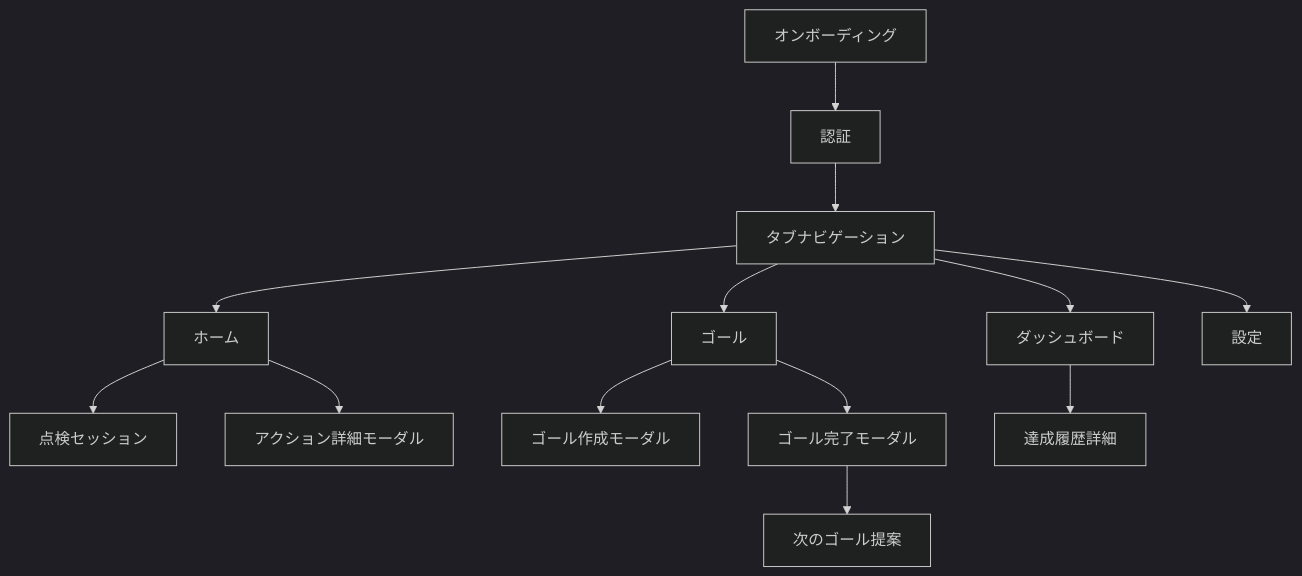
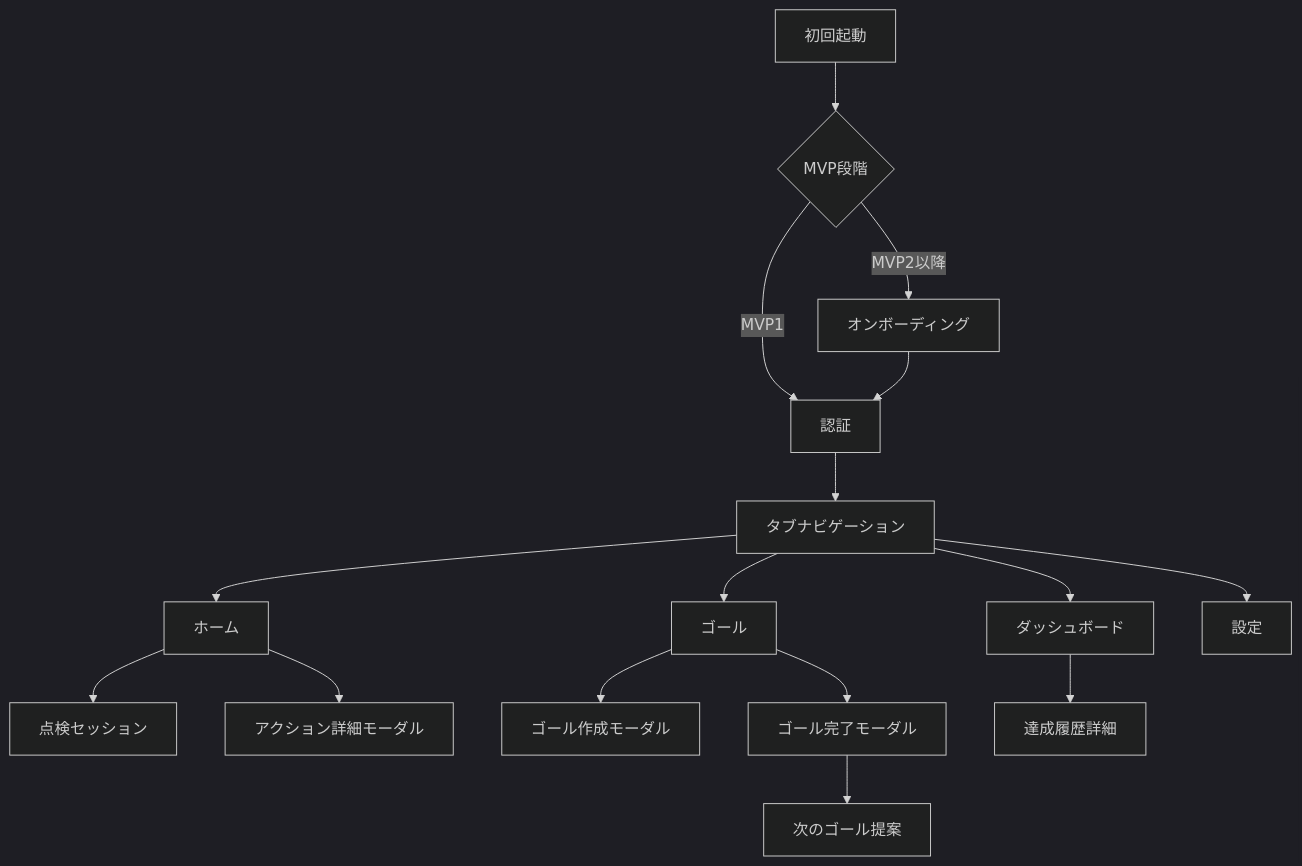
The diagram in docs/product-specific/screen_design.md (engineer-ba-sulto/flow-finder-expo-supabase), drawn with Mermaid (dark theme) before and after one commit. The commit also changed other lines of this file and 7 other files, not shown here.

````diff
--- a/docs/product-specific/screen_design.md
+++ b/docs/product-specific/screen_design.md
@@ -39,15 +39,18 @@
 ```mermaid
 graph TD
-  A[オンボーディング] --> B[認証]
-  B --> C[タブナビゲーション]
-  C --> D[ホーム]
-  C --> E[ゴール]
-  C --> F[ダッシュボード]
-  C --> G[設定]
-  D --> H[点検セッション]
-  E --> I[ゴール作成モーダル]
-  E --> K[ゴール完了モーダル]
-  K --> L[次のゴール提案]
-  D --> J[アクション詳細モーダル]
-  F --> M[達成履歴詳細]
+  A[初回起動] --> B{MVP段階}
+  B -->|MVP1| C[認証]
+  B -->|MVP2以降| D[オンボーディング]
+  D --> C[認証]
+  C --> E[タブナビゲーション]
+  E --> F[ホーム]
+  E --> G[ゴール]
+  E --> H[ダッシュボード]
+  E --> I[設定]
+  F --> J[点検セッション]
+  G --> K[ゴール作成モーダル]
+  G --> L[ゴール完了モーダル]
+  L --> M[次のゴール提案]
+  F --> N[アクション詳細モーダル]
+  H --> O[達成履歴詳細]
 ```
````
